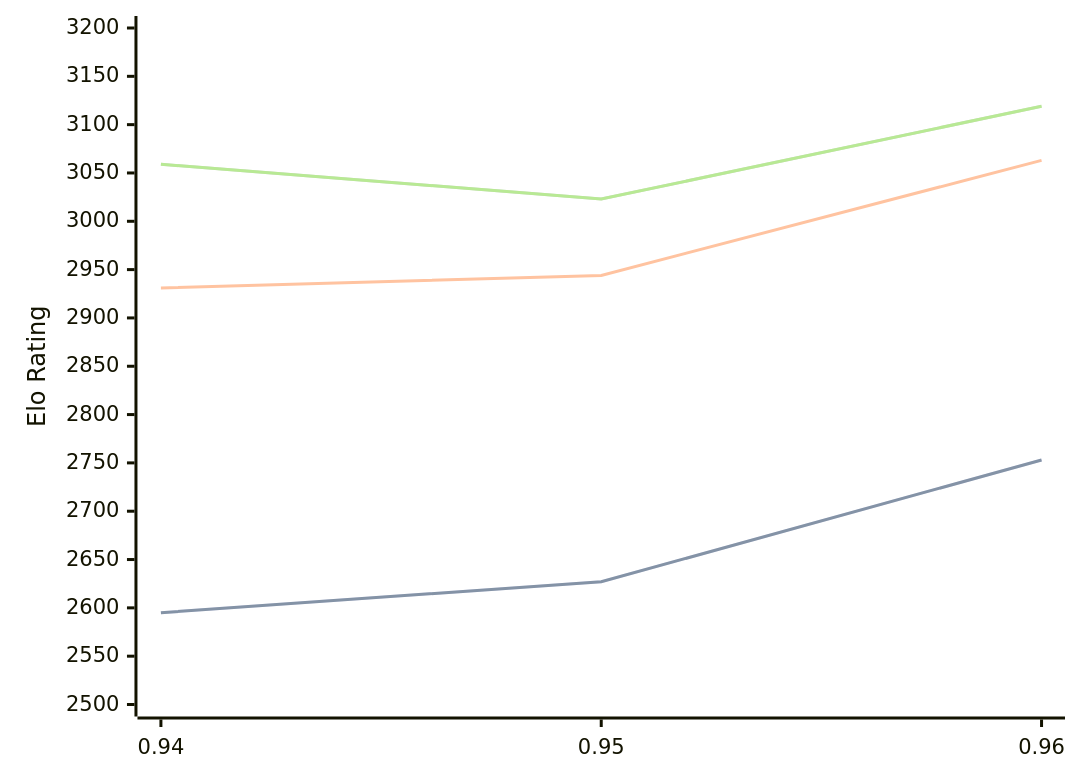
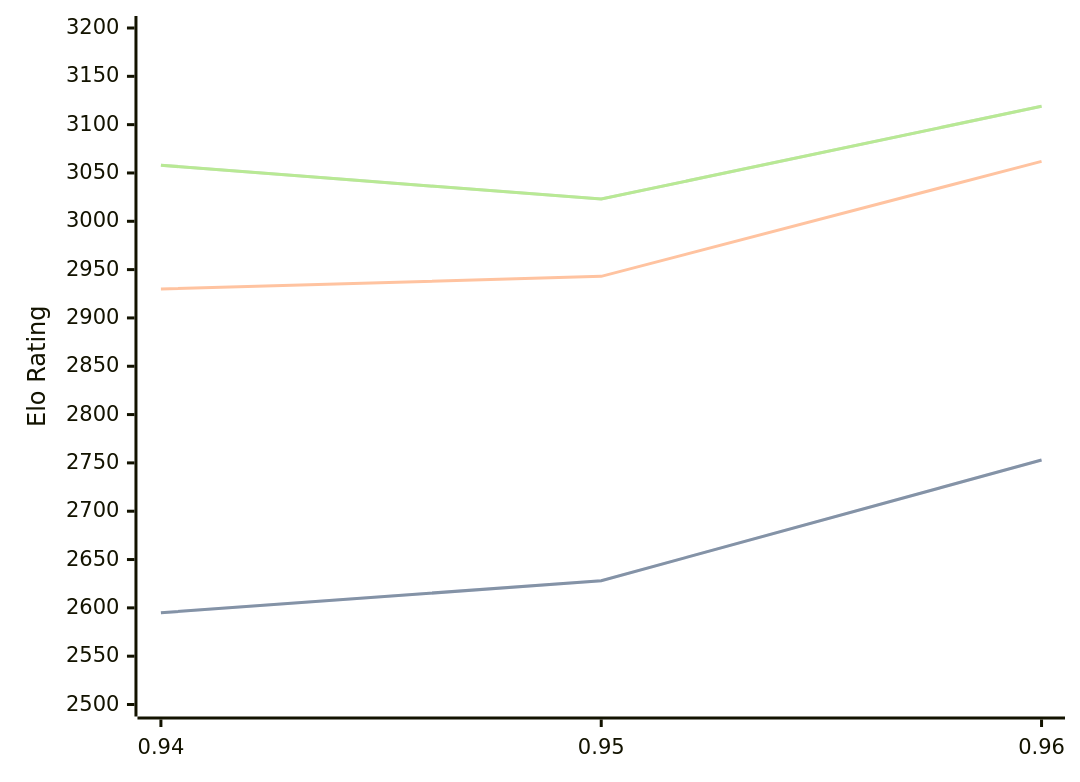
Before and after one commit to computer-chess-index/cci: the diagram in engines/Myrddin.md, drawn with Mermaid. The commit also changed other lines of this file, not shown here.

Commit message:
Update CCI Ratings (ELO VLTC) - 2026-09-01

````diff
--- a/engines/Myrddin.md
+++ b/engines/Myrddin.md
@@ -33,11 +33,11 @@
 ```mermaid
 %%{init: {"theme":"base","themeVariables":{"seriesColors:['#a3a3a3','#222221','#faa371']}}}%%
 xychart-beta
   x-axis ["0.94", "0.95", "0.96"]
   y-axis "Elo Rating" 2500 --> 3200
-  line "" [2595, 2627, 2753]
-  line "STC (8.0+0.08s)" [2595, 2627, 2753]
-  line "LTC (60.0+0.60s)" [2931, 2944, 3063]
-  line "" [3059, 3023, 3119]
-  line "VLTC (2m24s+1.12s)" [3059, 3023, 3119]
+  line "" [2595, 2628, 2753]
+  line "STC (8.0+0.08s)" [2595, 2628, 2753]
+  line "LTC (60.0+0.60s)" [2930, 2943, 3062]
+  line "" [3058, 3023, 3119]
+  line "VLTC (2m24s+1.12s)" [3058, 3023, 3119]
 ```
````
